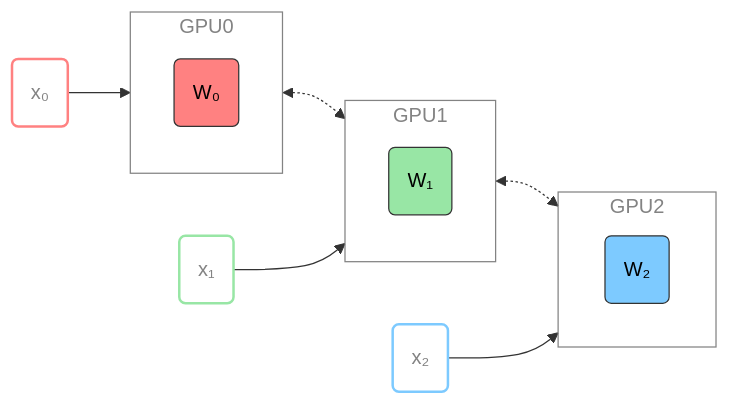
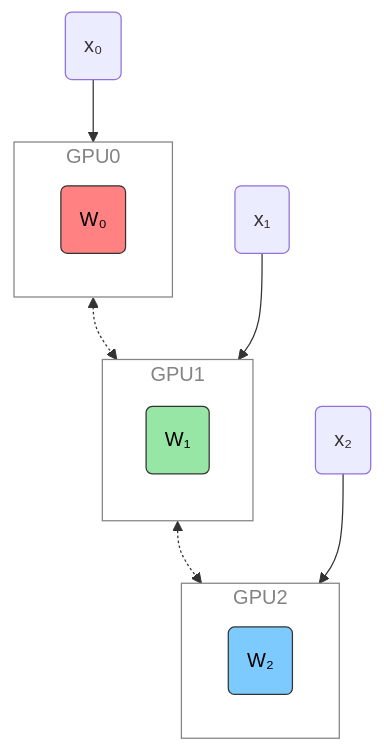
Diagram 15 of 15 in docs/talks/ai-for-science-2024/ai-for-science-2024.md (saforem2/personal_site), drawn with Mermaid before and after one commit. The commit also changed other lines of this file and 19 other files, not shown here.

````diff
--- a/docs/talks/ai-for-science-2024/ai-for-science-2024.md
+++ b/docs/talks/ai-for-science-2024/ai-for-science-2024.md
@@ -1029,40 +1059,40 @@
 ``` mermaid
-flowchart LR
+flowchart TD
   subgraph X2["`GPU2`"]
     direction LR
     c("`W₂`")
   end
   subgraph X1["`GPU1`"]
     direction TB
     b("`W₁`")
   end
   subgraph X0["`GPU0`"]
     a("`W₀`")
   end
   X0 <-.-> X1
   X1 <-.-> X2
   t0("`x₀`") --> X0
   t1("`x₁`") --> X1
   t2("`x₂`") --> X2
 classDef redText fill:#CCCCCC02,stroke:#FF8181,stroke-width:2px,color:#838383,font-weight:500
 classDef orangeText fill:#CCCCCC02,stroke:#FFC47F,stroke-width:2px,color:#838383
 classDef yellowText fill:#CCCCCC02,stroke:#FFFF7F,stroke-width:2px,color:#838383
 classDef blueText fill:#CCCCCC02,stroke:#7DCAff,stroke-width:2px,color:#838383
 classDef greenText fill:#CCCCCC02,stroke:#98E6A5,stroke-width:2px,color:#838383
 classDef red fill:#ff8181,stroke:#333,stroke-width:1px,color:#000
 classDef orange fill:#FFC47F,stroke:#333,stroke-width:1px,color:#000
 classDef yellow fill:#FFFF7F,stroke:#333,stroke-width:1px,color:#000
 classDef green fill:#98E6A5,stroke:#333,stroke-width:1px,color:#000
 classDef blue fill:#7DCAFF,stroke:#333,stroke-width:1px,color:#000
 classDef purple fill:#FFCBE6,stroke:#333,stroke-width:1px,color:#000
 classDef block fill:#CCCCCC02,stroke:#838383,stroke-width:1px,color:#838383
 classDef text fill:#CCCCCC02,stroke:#838383,stroke-width:0px,color:#838383
 class a, red
 class b, green
 class c, blue
 class X0,X1,X2, block
-class t0, redText
-class t1, greenText
-class t2, blueText
+%%class t0, redText
+%%class t1, greenText
+%%class t2, blueText
 class a0,b0,c0, text
 ```
````
